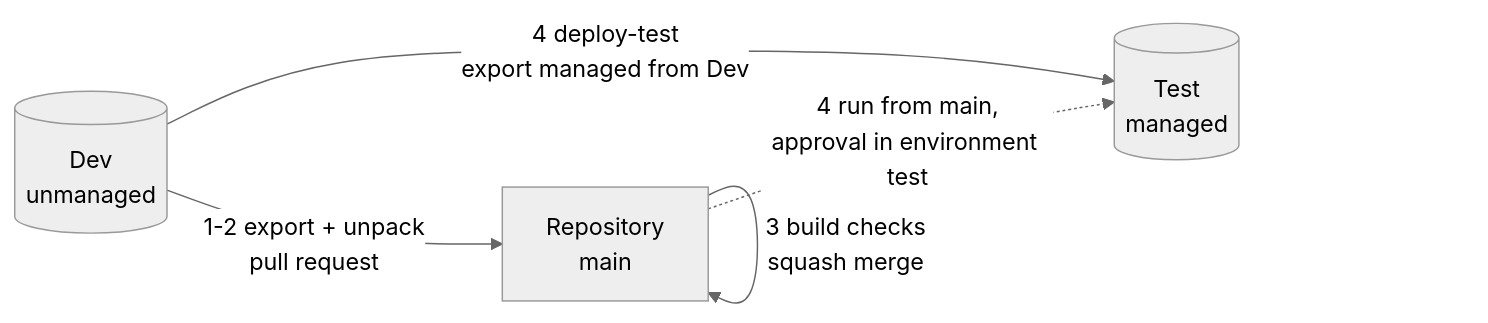
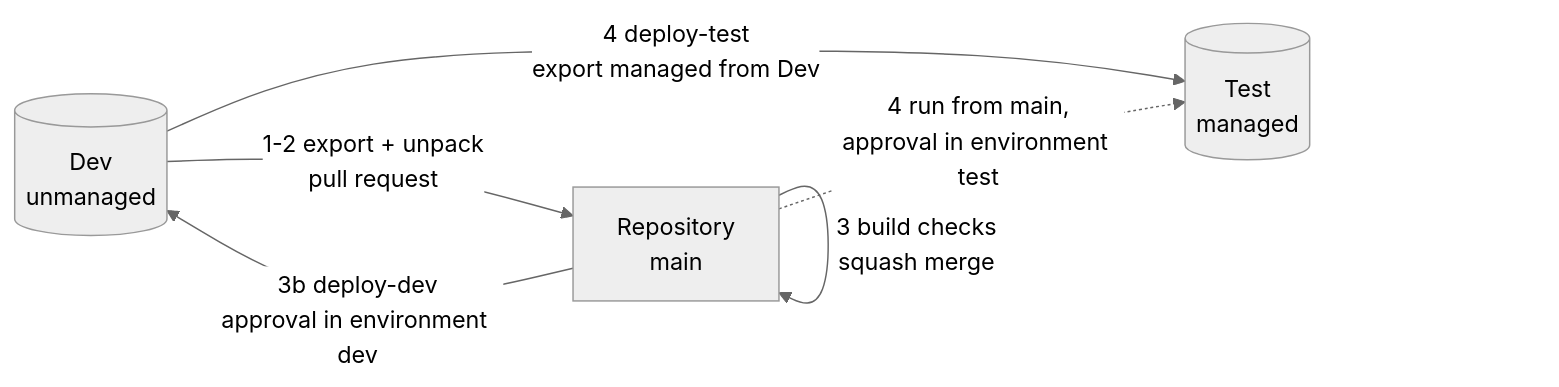
One commit to Power-Builders-Italia/ProjectIQ changed the second of 2 diagrams in docs/dev-environment.md. Above: the diagram before and after it, drawn with Mermaid (neutral theme). The commit also changed other lines of this file and 4 other files, not shown here.

First line of the commit message:
deploy-dev: install main into Dev with drift check (ADR 0002) (#44)

````diff
--- a/docs/dev-environment.md
+++ b/docs/dev-environment.md
@@ -128,7 +128,8 @@
 ```mermaid
 flowchart LR
     D[("Dev<br/>unmanaged")] -->|"1-2 export + unpack<br/>pull request"| R["Repository<br/>main"]
     R -->|"3 build checks<br/>squash merge"| R
     D -->|"4 deploy-test<br/>export managed from Dev"| T[("Test<br/>managed")]
     R -. "4 run from main,<br/>approval in environment test" .-> T
+    R -->|"3b deploy-dev<br/>approval in environment dev"| D
 ```
````
